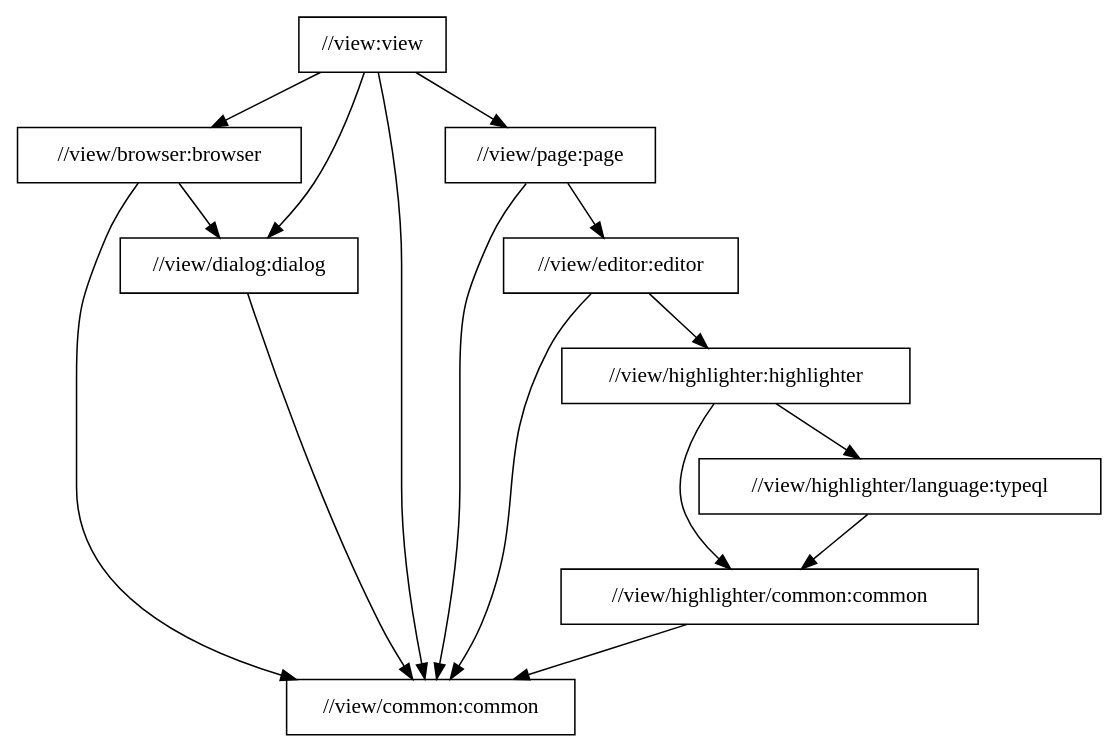
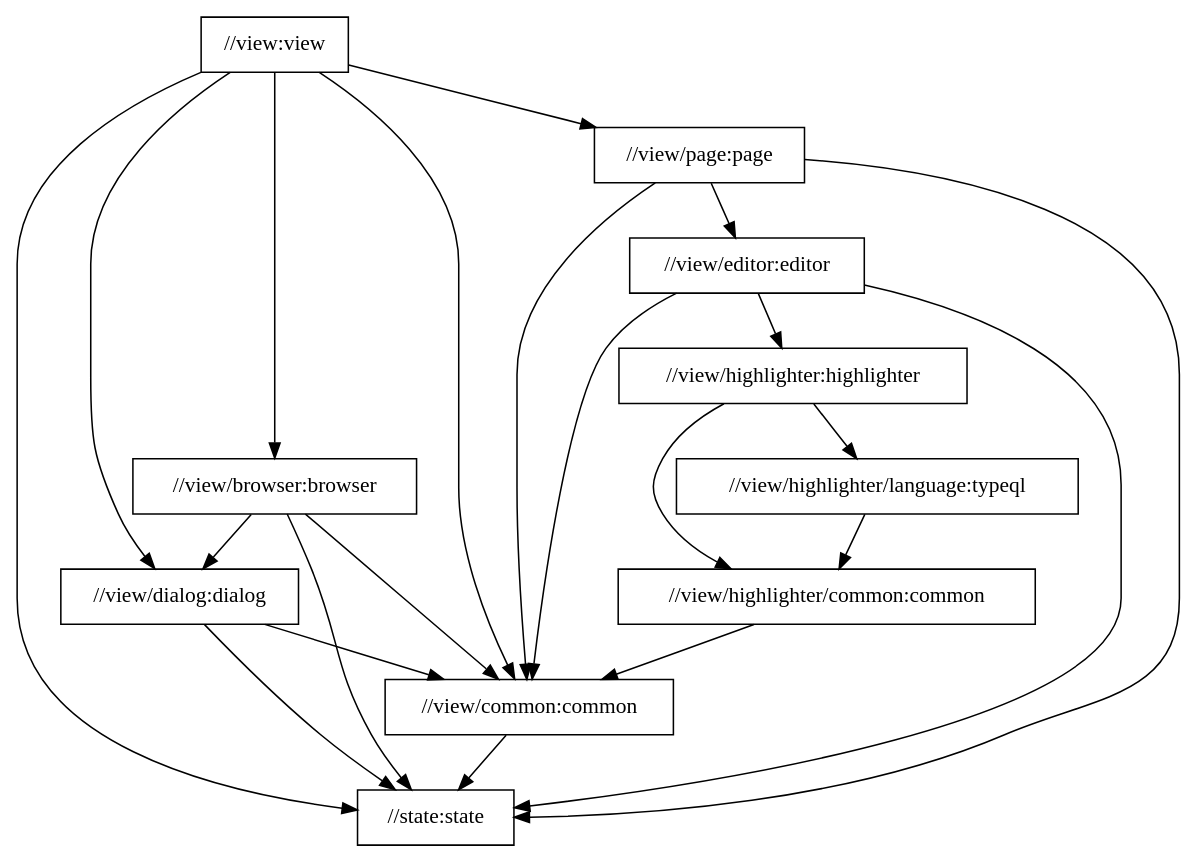
The diagram in docs/view-package-structure.dot (typedb/typedb-studio), drawn with Graphviz before and after one commit. The commit also changed 18 other files, not shown here.

```diff
--- a/docs/view-package-structure.dot
+++ b/docs/view-package-structure.dot
@@ -1,27 +1,34 @@
 digraph mygraph {
   node [shape=box];
   "//view:view"
   "//view:view" -> "//view/browser:browser"
   "//view:view" -> "//view/common:common"
   "//view:view" -> "//view/dialog:dialog"
   "//view:view" -> "//view/page:page"
+  "//view:view" -> "//state:state"
   "//view/page:page"
   "//view/page:page" -> "//view/common:common"
   "//view/page:page" -> "//view/editor:editor"
+  "//view/page:page" -> "//state:state"
   "//view/editor:editor"
   "//view/editor:editor" -> "//view/common:common"
   "//view/editor:editor" -> "//view/highlighter:highlighter"
+  "//view/editor:editor" -> "//state:state"
   "//view/highlighter:highlighter"
   "//view/highlighter:highlighter" -> "//view/highlighter/common:common"
   "//view/highlighter:highlighter" -> "//view/highlighter/language:typeql"
-  "//view/browser:browser"
-  "//view/browser:browser" -> "//view/common:common"
-  "//view/browser:browser" -> "//view/dialog:dialog"
-  "//view/dialog:dialog"
-  "//view/dialog:dialog" -> "//view/common:common"
   "//view/highlighter/language:typeql"
   "//view/highlighter/language:typeql" -> "//view/highlighter/common:common"
   "//view/highlighter/common:common"
   "//view/highlighter/common:common" -> "//view/common:common"
+  "//view/browser:browser"
+  "//view/browser:browser" -> "//view/common:common"
+  "//view/browser:browser" -> "//view/dialog:dialog"
+  "//view/browser:browser" -> "//state:state"
+  "//view/dialog:dialog"
+  "//view/dialog:dialog" -> "//view/common:common"
+  "//view/dialog:dialog" -> "//state:state"
   "//view/common:common"
+  "//view/common:common" -> "//state:state"
+  "//state:state"
 }
```
